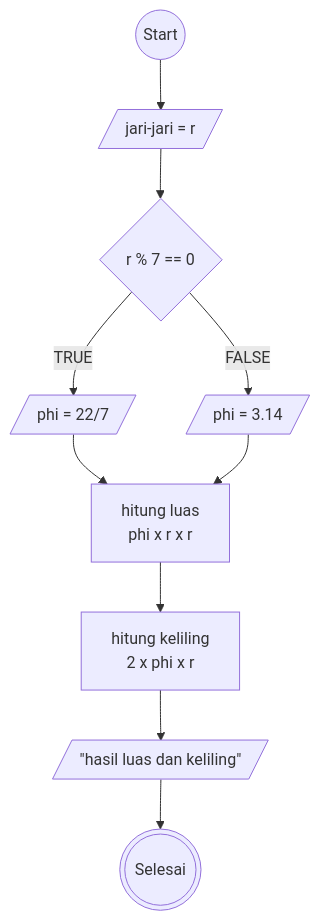
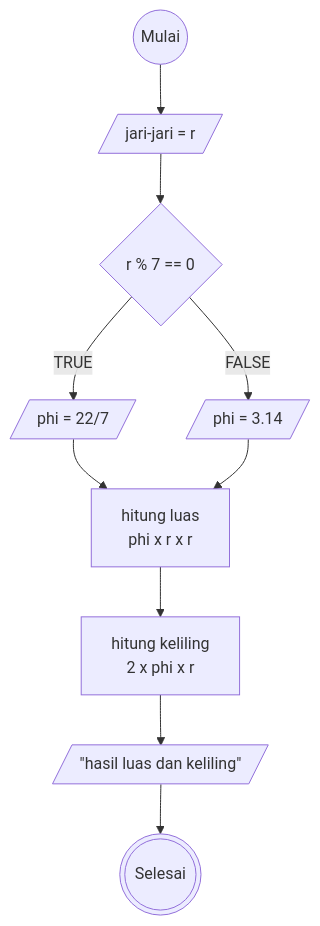
Before and after one commit to Dwaysetya/fgo24-Algoritma: the diagram in MenghitungLuasLingkaran.md, drawn with Mermaid. The commit also changed other lines of this file, not shown here.

````diff
--- a/MenghitungLuasLingkaran.md
+++ b/MenghitungLuasLingkaran.md
@@ -17,27 +17,27 @@
 ```mermaid
 flowchart TB
 
- a@{ shape: circle, label: "Start" }
+ a@{ shape: circle, label: "Mulai" }
  b@{ shape: lean-r, label: "jari-jari = r" }
  c@{ shape: diamond, label: "r % 7 == 0" }
  d@{ shape: lean-r, label: " phi = 22/7" }
  e@{ shape: lean-r, label: "phi = 3.14" }
  f@{ shape: rect, label: " hitung luas
  phi x r x r" }
  g@{ shape: rect, label: "hitung keliling
  2 x phi x r" }
  h@{ shape: lean-r, label: '"hasil luas dan keliling"' }
  i@{ shape: dbl-circ, label: "Selesai" }
 
 
  a --> b
  b --> c
  c --TRUE--> d
  c --FALSE--> e
  d --> f
  e --> f
  f --> g
  g --> h
  h --> i
 
 ```
````
